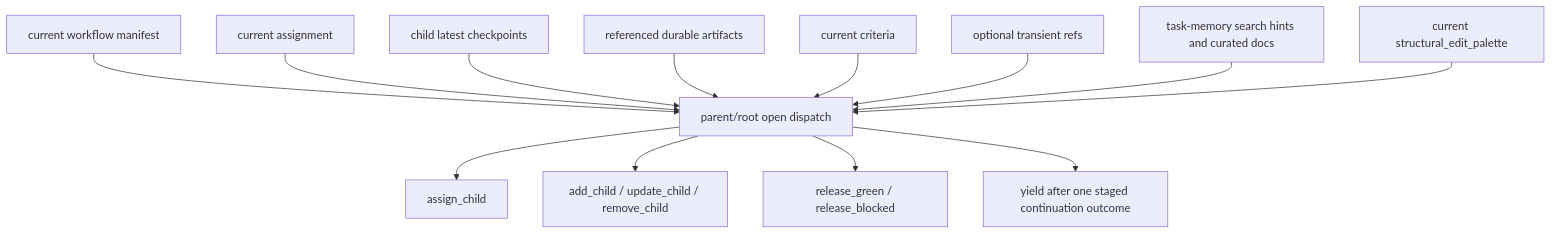
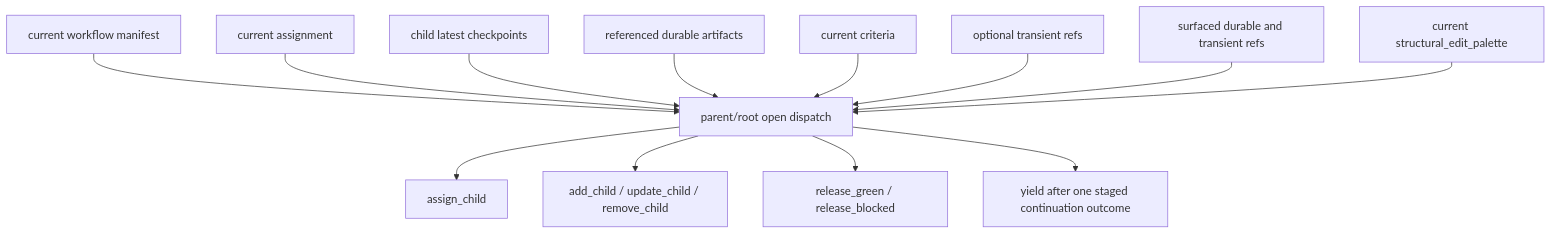
One commit to ringlochid/AutoClaw changed the diagram in docs-internal/design/v1/workflows/parent-root-planning-surface.md. Above: the diagram before and after it, drawn with Mermaid. The commit also changed 133 other files, not shown here.

````diff
--- a/docs-internal/design/v1/workflows/parent-root-planning-surface.md
+++ b/docs-internal/design/v1/workflows/parent-root-planning-surface.md
@@ -7,15 +7,15 @@
 ```mermaid
 flowchart TD
     A["current workflow manifest"] --> P["parent/root open dispatch"]
     B["current assignment"] --> P
     C["child latest checkpoints"] --> P
     D["referenced durable artifacts"] --> P
     E["current criteria"] --> P
     F["optional transient refs"] --> P
-    G["task-memory search hints and curated docs"] --> P
+    G["surfaced durable and transient refs"] --> P
     H["current structural_edit_palette"] --> P
     P --> Q["assign_child"]
     P --> R["add_child / update_child / remove_child"]
     P --> S["release_green / release_blocked"]
     P --> T["yield after one staged continuation outcome"]
 ```
````
